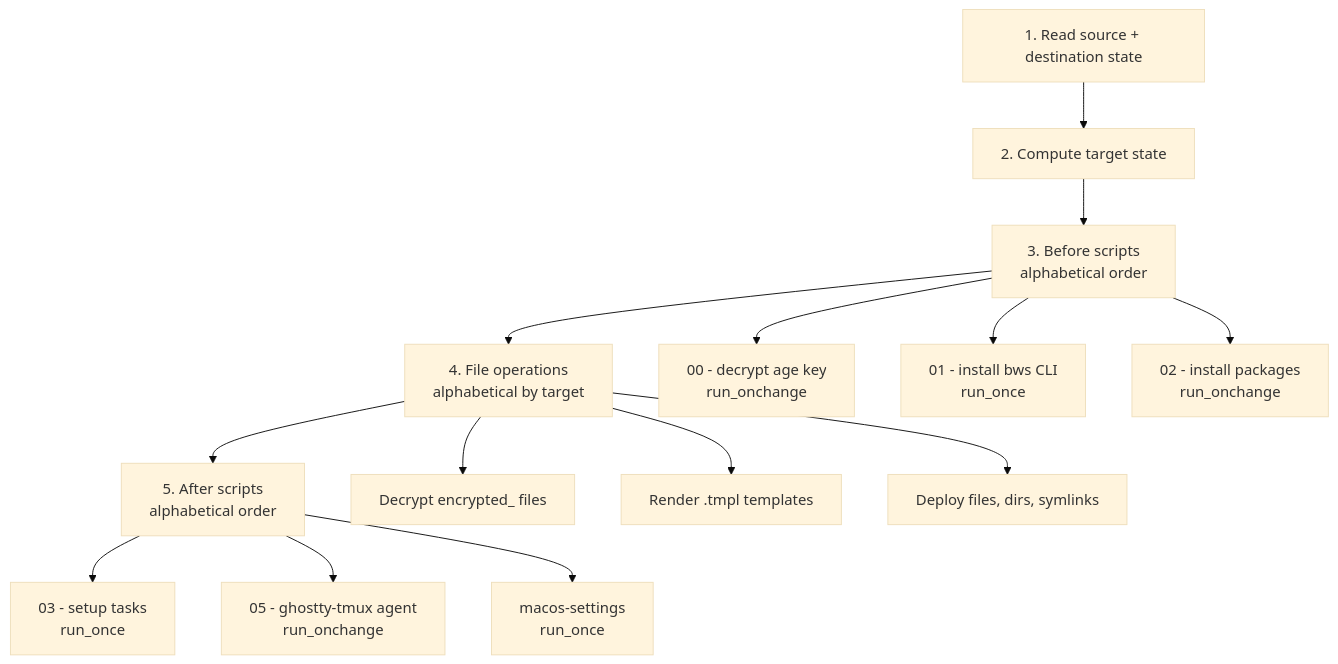
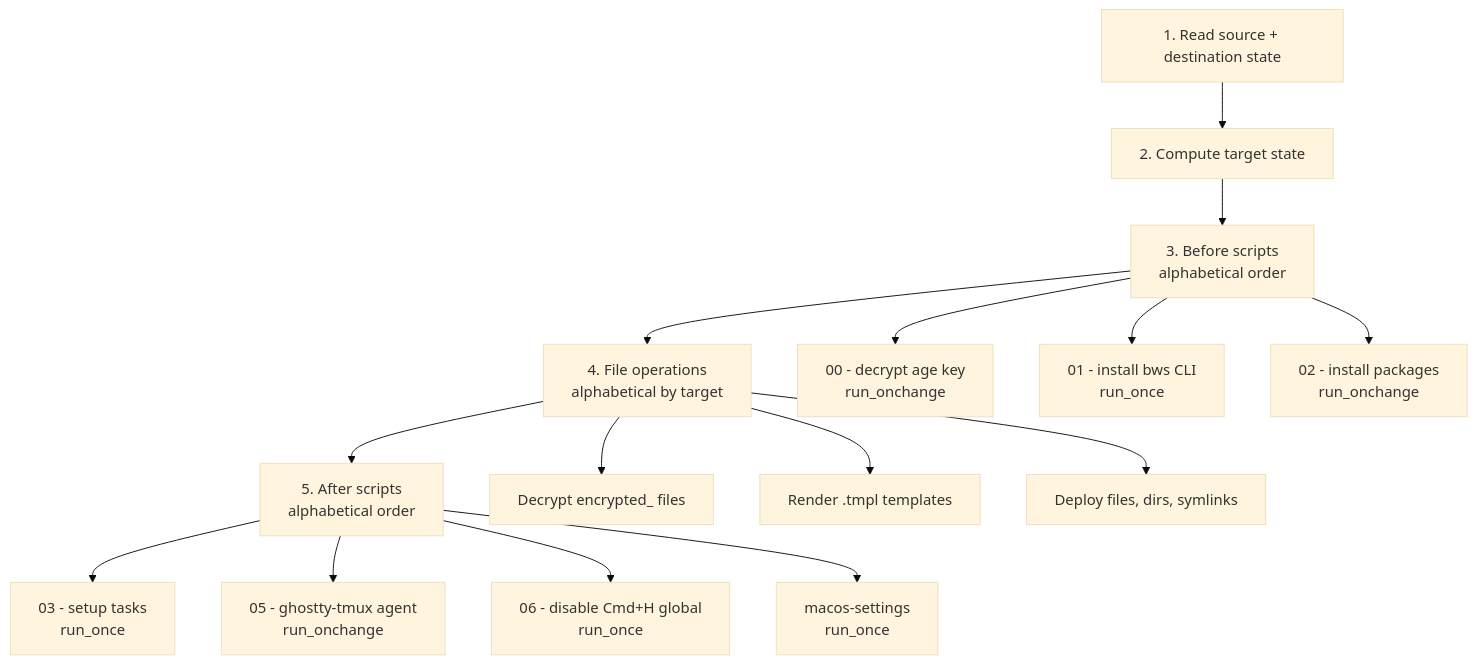
One commit to mbastakis/dotfiles changed the diagram in docs/architecture/chezmoi-lifecycle.md. Above: the diagram before and after it, drawn with Mermaid (base theme). The commit also changed other lines of this file and 7 other files, not shown here.

````diff
--- a/docs/architecture/chezmoi-lifecycle.md
+++ b/docs/architecture/chezmoi-lifecycle.md
@@ -7,19 +7,20 @@
 ```mermaid
 flowchart TD
   A[1. Read source + destination state] --> B[2. Compute target state]
   B --> C[3. Before scripts<br/>alphabetical order]
   C --> D[4. File operations<br/>alphabetical by target]
   D --> E[5. After scripts<br/>alphabetical order]
 
   C --> C1[00 - decrypt age key<br/>run_onchange]
   C --> C2[01 - install bws CLI<br/>run_once]
   C --> C3[02 - install packages<br/>run_onchange]
 
   D --> D1[Decrypt encrypted_ files]
   D --> D2[Render .tmpl templates]
   D --> D3[Deploy files, dirs, symlinks]
 
   E --> E1[03 - setup tasks<br/>run_once]
   E --> E2[05 - ghostty-tmux agent<br/>run_onchange]
-  E --> E3[macos-settings<br/>run_once]
+  E --> E3[06 - disable Cmd+H global<br/>run_once]
+  E --> E4[macos-settings<br/>run_once]
 ```
````
